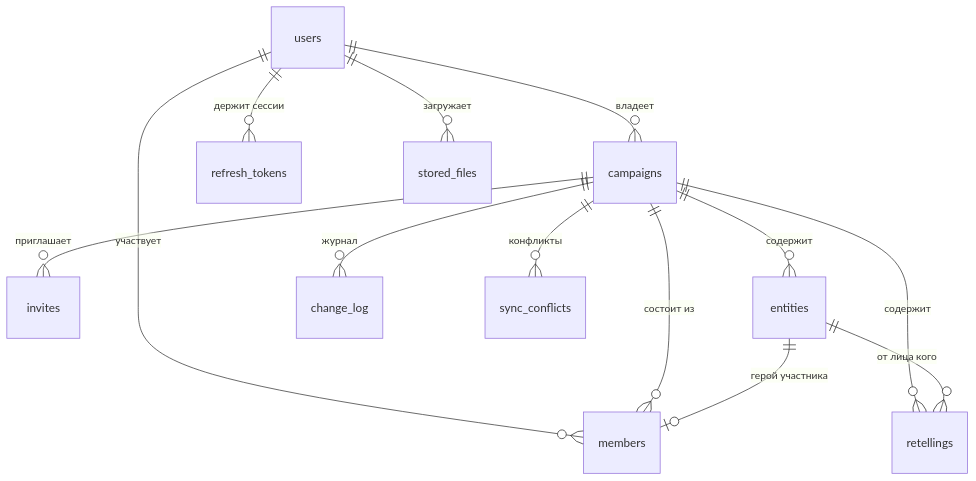
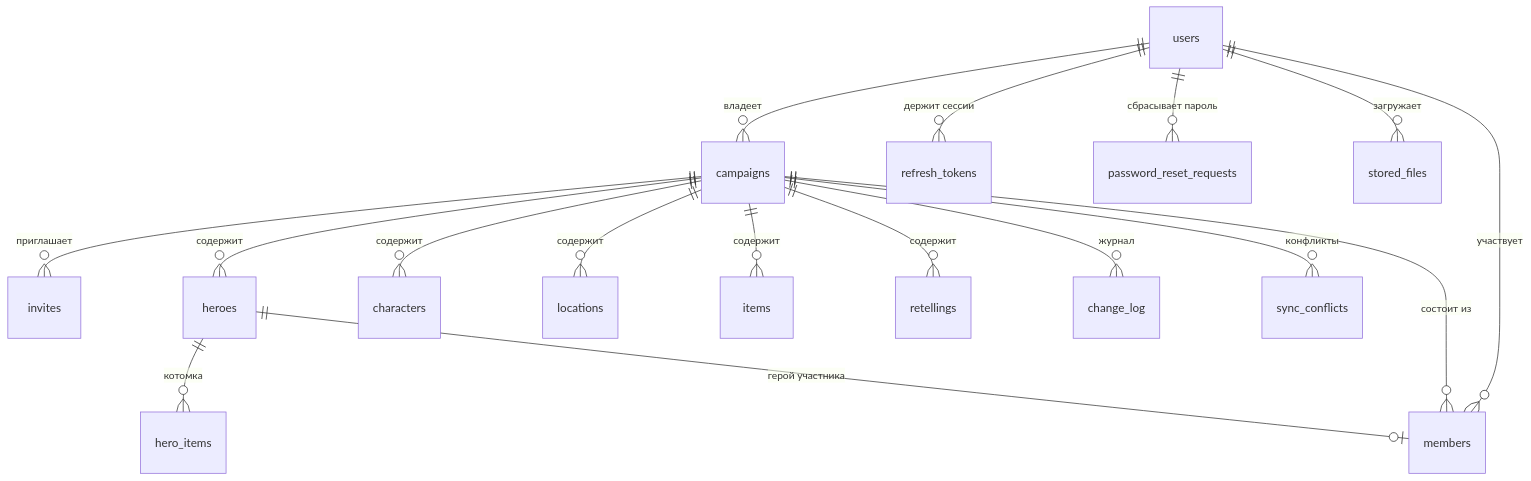
The diagram in docs/data-model.md (MikeSimf/Memories), drawn with Mermaid before and after one commit. The commit also changed other lines of this file and 103 other files, not shown here.

````diff
--- a/docs/data-model.md
+++ b/docs/data-model.md
@@ -7,15 +10,19 @@
 ```mermaid
 erDiagram
     users ||--o{ campaigns : "владеет"
     users ||--o{ members : "участвует"
     users ||--o{ refresh_tokens : "держит сессии"
+    users ||--o{ password_reset_requests : "сбрасывает пароль"
     users ||--o{ stored_files : "загружает"
     campaigns ||--o{ members : "состоит из"
     campaigns ||--o{ invites : "приглашает"
-    campaigns ||--o{ entities : "содержит"
+    campaigns ||--o{ heroes : "содержит"
+    campaigns ||--o{ characters : "содержит"
+    campaigns ||--o{ locations : "содержит"
+    campaigns ||--o{ items : "содержит"
     campaigns ||--o{ retellings : "содержит"
     campaigns ||--o{ change_log : "журнал"
     campaigns ||--o{ sync_conflicts : "конфликты"
-    entities ||--o| members : "герой участника"
-    entities ||--o{ retellings : "от лица кого"
+    heroes ||--o{ hero_items : "котомка"
+    heroes ||--o| members : "герой участника"
 ```
````
